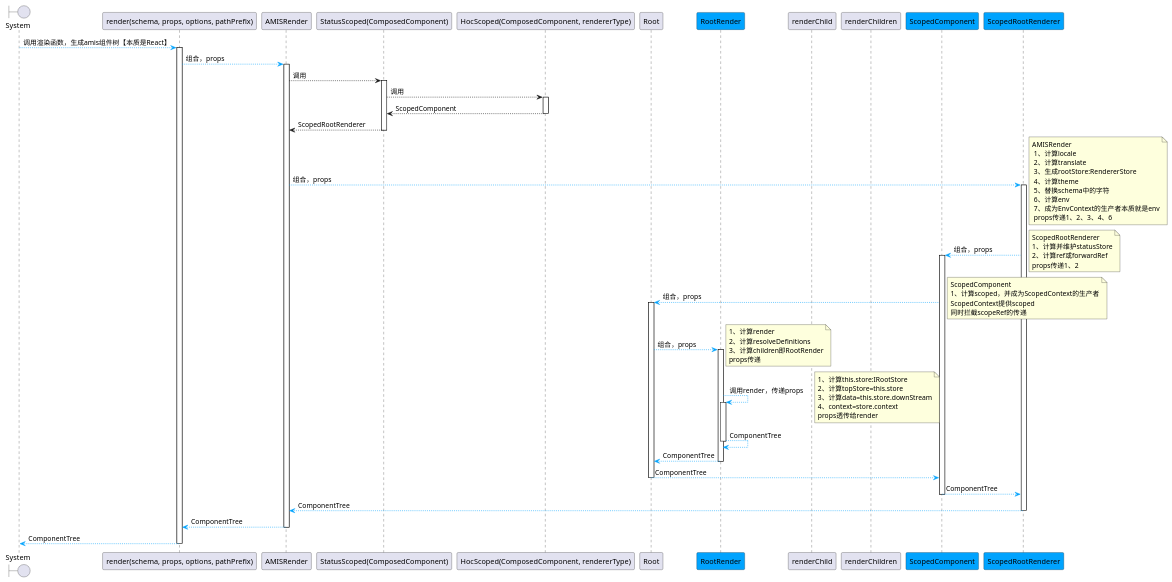
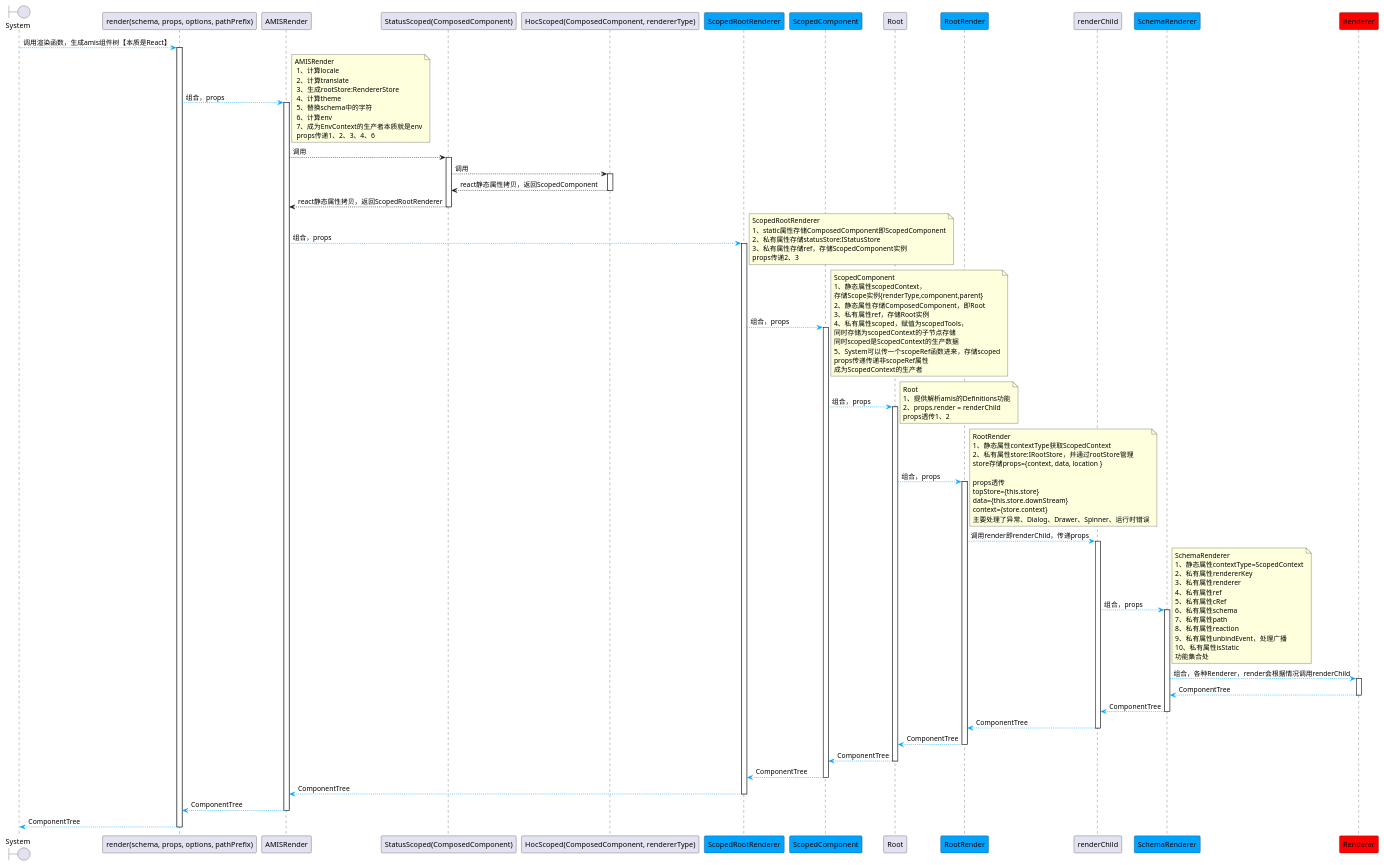
The diagram in doc/专业知识/amis/amis-render.wsd (TigerWFH/webapp), drawn with PlantUML before and after one commit.

Commit message:
docs: 主流程文档补充

```diff
--- a/doc/专业知识/amis/amis-render.wsd
+++ b/doc/专业知识/amis/amis-render.wsd
@@ -1,74 +1,106 @@
 @startuml amis渲染流程
 boundary System
 ' participant "Renderer(config)" as Renderer
 ' participant "closureA(config)" as closureA
 ' participant "registerRenderer(component)" as registerRender
 ' System --> Renderer ++ : 调用amis入口函数生成amis组件树
 ' Renderer --> registerRender ++ : 调用闭包注册渲染器，并返回渲染器
 participant "render(schema, props, options, pathPrefix)" as render
 participant AMISRender
 participant "StatusScoped(ComposedComponent)" as StatusScoped
 participant "HocScoped(ComposedComponent, rendererType)" as Scoped
+participant ScopedRootRenderer #00a3fe
+participant ScopedComponent #00a3fe
 participant Root
 participant RootRender #00a3fe
 participant renderChild
-participant renderChildren
-participant ScopedComponent #00a3fe
-participant ScopedRootRenderer #00a3fe
+participant SchemaRenderer #00a3fe
+participant Renderer #Red
 
 System -[#00a3fe]-> render ++ : 调用渲染函数，生成amis组件树【本质是React】
 render -[#00a3fe]-> AMISRender ++ :组合，props
-AMISRender --> StatusScoped ++: 调用
-    StatusScoped --> Scoped ++ : 调用
-        return ScopedComponent
-    return ScopedRootRenderer
-AMISRender -[#00a3fe]-> ScopedRootRenderer ++: 组合，props
 note right
 AMISRender
  1、计算locale
  2、计算translate
  3、生成rootStore:RendererStore
  4、计算theme
  5、替换schema中的字符
  6、计算env
  7、成为EnvContext的生产者本质就是env
  props传递1、2、3、4、6
 end note
+AMISRender --> StatusScoped ++: 调用
+    StatusScoped --> Scoped ++ : 调用
+        return react静态属性拷贝，返回ScopedComponent
+    return react静态属性拷贝，返回ScopedRootRenderer
+AMISRender -[#00a3fe]-> ScopedRootRenderer ++: 组合，props
+note right
+ScopedRootRenderer
+1、static属性存储ComposedComponent即ScopedComponent
+2、私有属性存储statusStore:IStatusStore
+3、私有属性存储ref，存储ScopedComponent实例
+props传递2、3
+end note
 ScopedRootRenderer -[#00a3fe]-> ScopedComponent ++: 组合，props
 note right
-ScopedRootRenderer
-1、计算并维护statusStore
-2、计算ref或forwardRef
-props传递1、2
+ScopedComponent
+1、静态属性scopedContext，
+存储Scope实例{renderType,component,parent}
+2、静态属性存储ComposedComponent，即Root
+3、私有属性ref，存储Root实例
+4、私有属性scoped，赋值为scopedTools，
+同时存储为scopedContext的子节点存储
+同时scoped是ScopedContext的生产数据
+5、System可以传一个scopeRef函数进来，存储scoped
+props传递传递非scopeRef属性
+成为ScopedContext的生产者
 end note
 ScopedComponent -[#00a3fe]-> Root ++ : 组合，props
 note right
-ScopedComponent
-1、计算scoped，并成为ScopedContext的生产者
-ScopedContext提供scoped
-同时拦截scopeRef的传递
+Root
+1、提供解析amis的Definitions功能
+2、props.render = renderChild
+props透传1、2
 end note
 Root -[#00a3fe]-> RootRender ++ : 组合，props
 note right
-1、计算render
-2、计算resolveDefinitions
-3、计算children即RootRender
-props传递
+RootRender
+1、静态属性contextType获取ScopedContext
+2、私有属性store:IRootStore，并通过rootStore管理
+store存储props={context, data, location }
+
+props透传
+topStore={this.store}
+data={this.store.downStream}
+context={store.context}
+主要处理了异常、Dialog、Drawer、Spinner、运行时错误
 end note
-RootRender -[#00a3fe]-> RootRender ++: 调用render，传递props
+RootRender -[#00a3fe]-> renderChild ++: 调用render即renderChild，传递props
+
+renderChild -[#00a3fe]-> SchemaRenderer ++: 组合，props
 note right
-1、计算this.store:IRootStore
-2、计算topStore=this.store
-3、计算data=this.store.downStream
-4、context=store.context
-props透传给render
+SchemaRenderer
+1、静态属性contextType=ScopedContext
+2、私有属性rendererKey
+3、私有属性renderer
+4、私有属性ref
+5、私有属性cRef
+6、私有属性schema
+7、私有属性path
+8、私有属性reaction
+9、私有属性unbindEvent，处理广播
+10、私有属性isStatic
+功能集合处
 end note
+SchemaRenderer -[#00a3fe]->Renderer ++: 组合，各种Renderer，render会根据情况调用renderChild
 return ComponentTree
-
+return ComponentTree
+return ComponentTree
 return ComponentTree
 return ComponentTree
 return ComponentTree
 return ComponentTree
 return ComponentTree
 return ComponentTree
 @enduml
```
